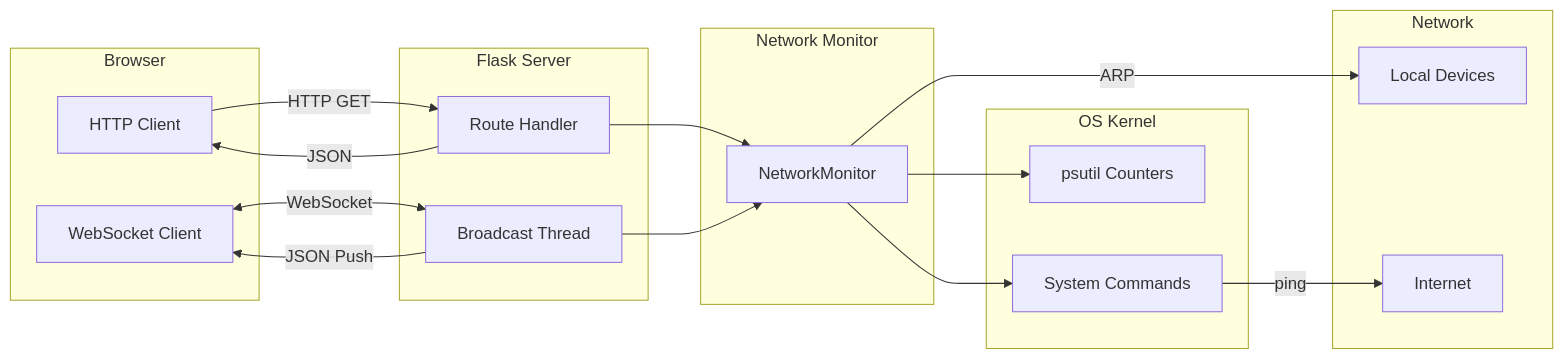
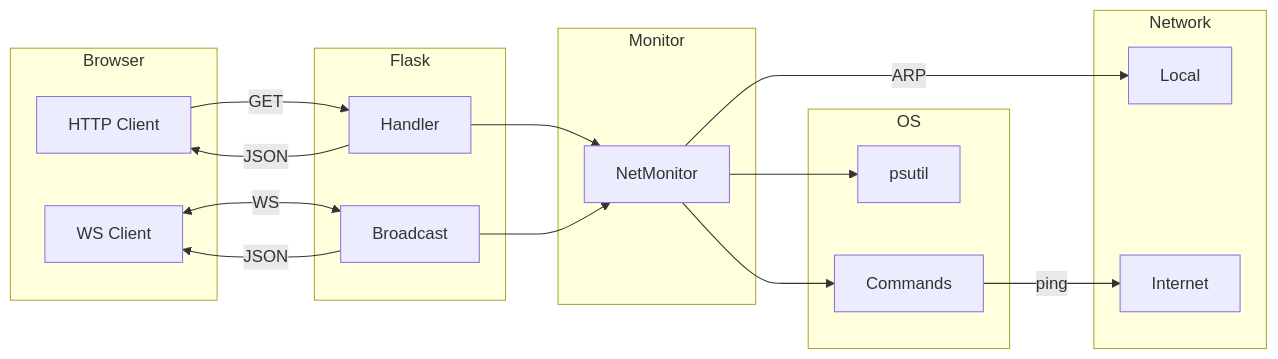
Before and after one commit to envsecure/network_project: the third of 4 diagrams in docs/submission.md, drawn with Mermaid. The commit also changed other lines of this file, not shown here.

````diff
--- a/docs/submission.md
+++ b/docs/submission.md
@@ -148,37 +129,32 @@
 ```mermaid
 graph LR
     subgraph Browser["Browser"]
         A1[HTTP Client]
-        A2[WebSocket Client]
+        A2[WS Client]
     end
-
-    subgraph Server["Flask Server"]
-        B1[Route Handler]
-        B2[Broadcast Thread]
+    subgraph Server["Flask"]
+        B1[Handler]
+        B2[Broadcast]
     end
-
-    subgraph Monitor["Network Monitor"]
-        C1[NetworkMonitor]
+    subgraph Monitor["Monitor"]
+        C1[NetMonitor]
     end
-
-    subgraph System["OS Kernel"]
-        D1[psutil Counters]
-        D2[System Commands]
+    subgraph OS["OS"]
+        D1[psutil]
+        D2[Commands]
     end
-
-    subgraph Network["Network"]
-        E1[Local Devices]
+    subgraph Net["Network"]
+        E1[Local]
         E2[Internet]
     end
-
-    A1 -->|HTTP GET| B1
-    A2 <-->|WebSocket| B2
+    A1 -->|GET| B1
+    A2 <-->|WS| B2
     B1 --> C1
     B2 --> C1
     C1 --> D1
     C1 --> D2
     D2 -->|ping| E2
     C1 -->|ARP| E1
     B1 -->|JSON| A1
-    B2 -->|JSON Push| A2
+    B2 -->|JSON| A2
 ```
````
